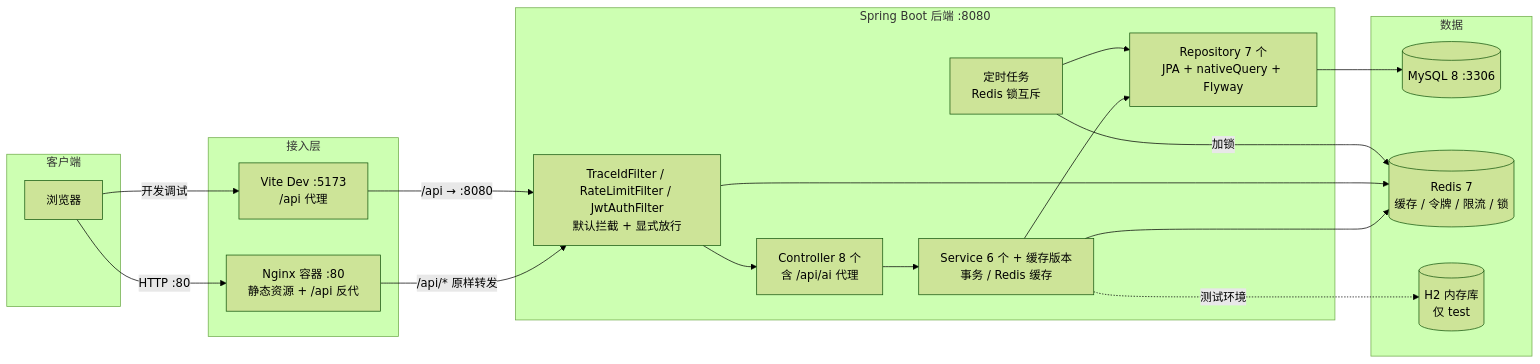
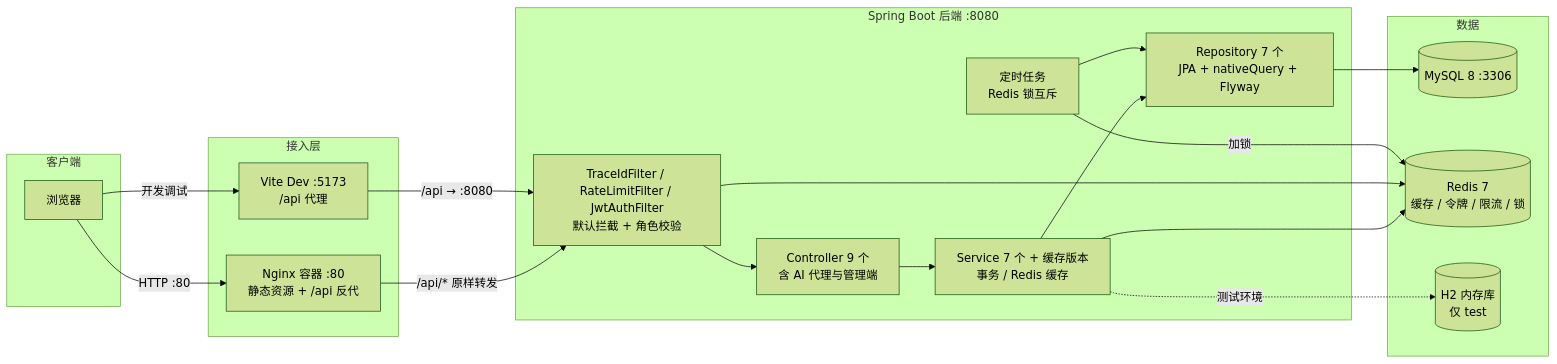
One commit to 192aaa/railway-ticket changed the first of 2 diagrams in specs/001-railway-ticket/plan.md. Above: the diagram before and after it, drawn with Mermaid (forest theme). The commit also changed other lines of this file and 24 other files, not shown here.

````diff
--- a/specs/001-railway-ticket/plan.md
+++ b/specs/001-railway-ticket/plan.md
@@ -41,33 +41,33 @@
 ```mermaid
 flowchart LR
     subgraph Client[客户端]
         B[浏览器]
     end
     subgraph Front[接入层]
         N[Nginx 容器 :80<br/>静态资源 + /api 反代]
         V[Vite Dev :5173<br/>/api 代理]
     end
     subgraph Back[Spring Boot 后端 :8080]
-        F[TraceIdFilter / RateLimitFilter / JwtAuthFilter<br/>默认拦截 + 显式放行]
-        C[Controller 8 个<br/>含 /api/ai 代理]
-        S[Service 6 个 + 缓存版本<br/>事务 / Redis 缓存]
+        F[TraceIdFilter / RateLimitFilter / JwtAuthFilter<br/>默认拦截 + 角色校验]
+        C[Controller 9 个<br/>含 AI 代理与管理端]
+        S[Service 7 个 + 缓存版本<br/>事务 / Redis 缓存]
         R[Repository 7 个<br/>JPA + nativeQuery + Flyway]
         T[定时任务<br/>Redis 锁互斥]
     end
     subgraph Data[数据]
         M[(MySQL 8 :3306)]
         CACHE[(Redis 7<br/>缓存 / 令牌 / 限流 / 锁)]
         H[(H2 内存库<br/>仅 test)]
     end
     B -->|HTTP :80| N
     B -->|开发调试| V
     N -->|/api/* 原样转发| F
     V -->|/api → :8080| F
     F --> C --> S --> R
     R --> M
     S --> CACHE
     F --> CACHE
     T -->|加锁| CACHE
     T --> R
     S -.->|测试环境| H
 ```
````
